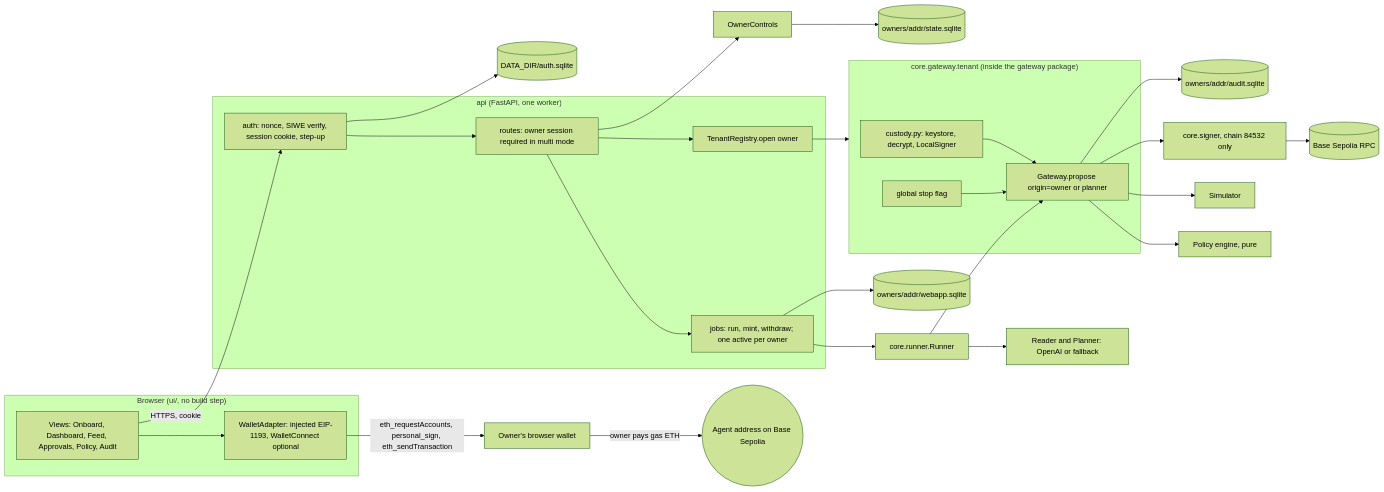
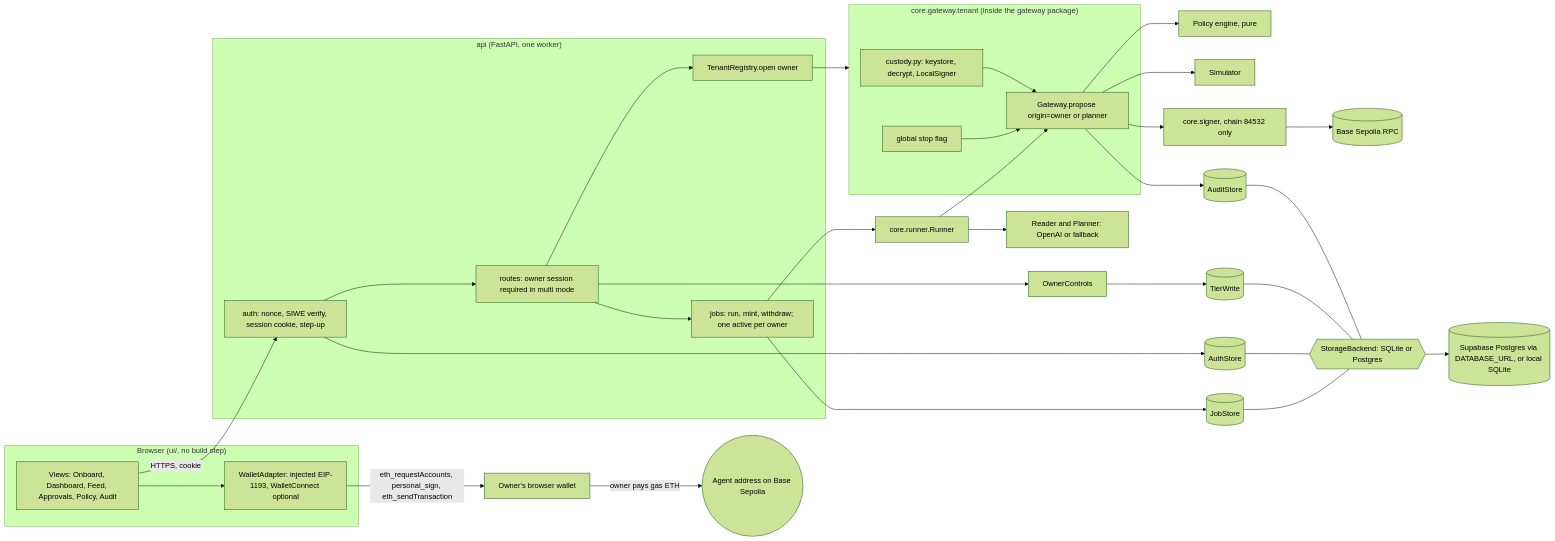
The first of 6 diagrams in docs/design/webapp/design.md (thaicuong576/agent-wallet), drawn with Mermaid (forest theme) before and after one commit. The commit also changed other lines of this file and 2 other files, not shown here.

Commit message:
docs(design): apply owner addendum 2 to the webapp design (Postgres storage, no mint cap, Render and Supabase, lane P) (#71)

````diff
--- a/docs/design/webapp/design.md
+++ b/docs/design/webapp/design.md
@@ -21,41 +39,46 @@
 ```mermaid
 flowchart LR
   subgraph Browser ["Browser (ui/, no build step)"]
     VIEWS[Views: Onboard, Dashboard, Feed, Approvals, Policy, Audit]
     ADAPT[WalletAdapter: injected EIP-1193, WalletConnect optional]
     VIEWS --> ADAPT
   end
   ADAPT -->|eth_requestAccounts, personal_sign, eth_sendTransaction| WALLET[Owner's browser wallet]
   WALLET -->|owner pays gas ETH| AGENTADDR((Agent address on Base Sepolia))
 
   subgraph Server ["api (FastAPI, one worker)"]
     AUTH[auth: nonce, SIWE verify, session cookie, step-up]
     ROUTES[routes: owner session required in multi mode]
     JOBS[jobs: run, mint, withdraw; one active per owner]
     TREG[TenantRegistry.open owner]
     AUTH --> ROUTES --> JOBS
     ROUTES --> TREG
   end
   VIEWS -->|HTTPS, cookie| AUTH
 
   subgraph Tenant ["core.gateway.tenant (inside the gateway package)"]
     CUST[custody.py: keystore, decrypt, LocalSigner]
     GW[Gateway.propose origin=owner or planner]
     GSTOP[global stop flag]
     CUST --> GW
     GSTOP --> GW
   end
   TREG --> Tenant
   JOBS --> RUN[core.runner.Runner]
   RUN --> GW
   RUN --> LLM[Reader and Planner: OpenAI or fallback]
   GW --> POL[Policy engine, pure]
   GW --> SIM[Simulator]
   GW --> SG[core.signer, chain 84532 only]
   SG --> RPC[(Base Sepolia RPC)]
-  GW --> AUD[(owners/addr/audit.sqlite)]
+  GW --> AUD[(AuditStore)]
   ROUTES --> OC[OwnerControls]
-  OC --> TS[(owners/addr/state.sqlite)]
-  AUTH --> AUTHDB[(DATA_DIR/auth.sqlite)]
-  JOBS --> JDB[(owners/addr/webapp.sqlite)]
+  OC --> TS[(TierWrite)]
+  AUTH --> AUTHDB[(AuthStore)]
+  JOBS --> JDB[(JobStore)]
+  AUD --- BK{{StorageBackend: SQLite or Postgres}}
+  TS --- BK
+  AUTHDB --- BK
+  JDB --- BK
+  BK --> DB[(Supabase Postgres via DATABASE_URL, or local SQLite)]
 ```
````
